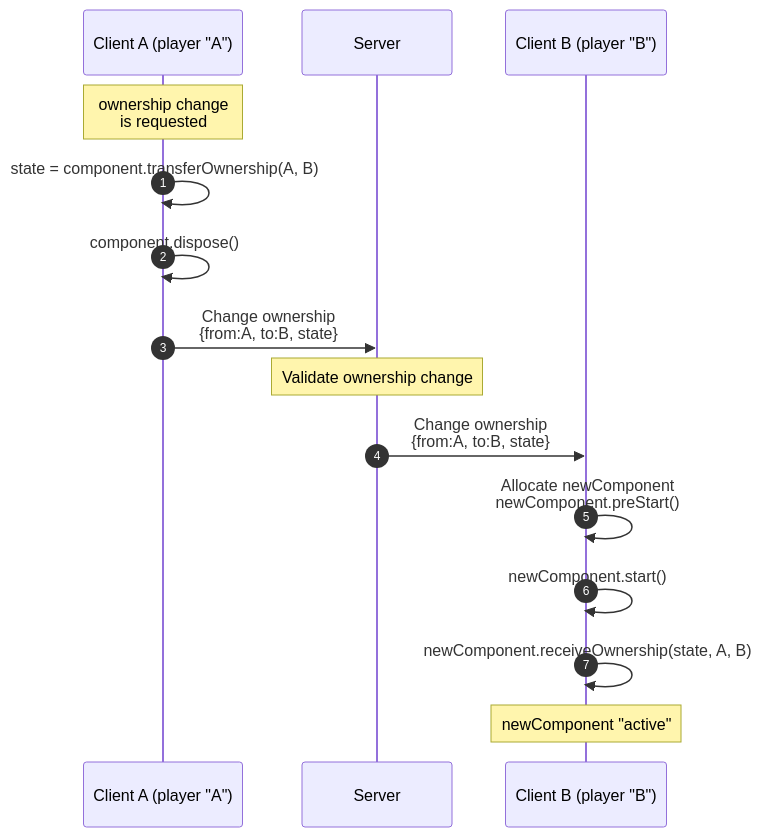
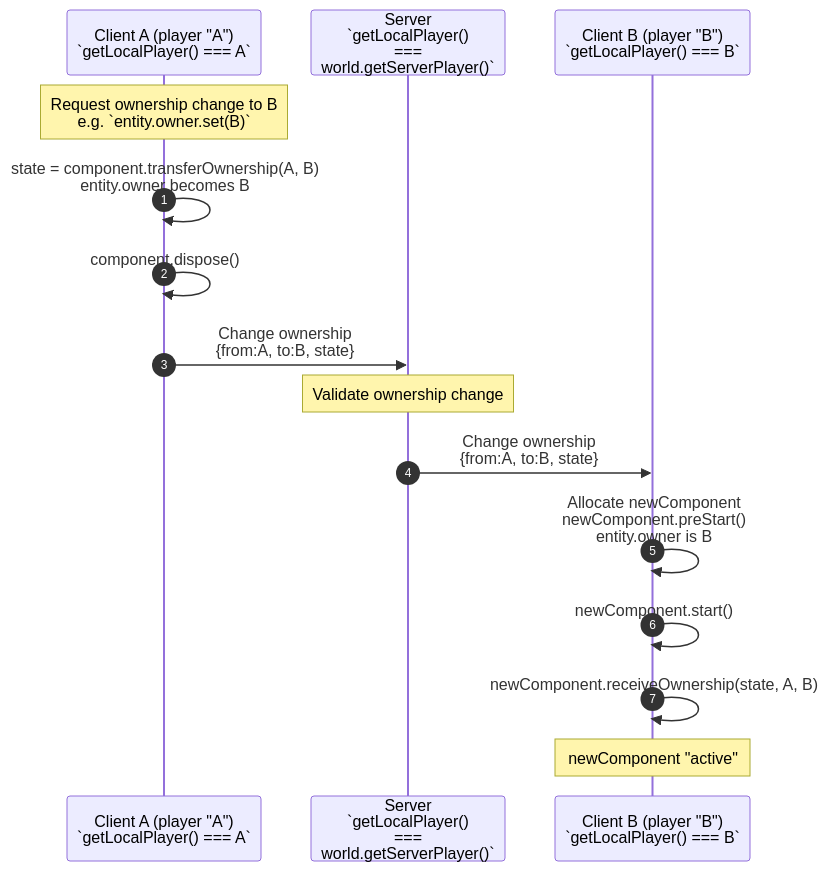
One commit to MHCPCreators/horizonCreatorManual changed the tenth of 16 diagrams in HorizonTechnicalDoc.md. Above: the diagram before and after it, drawn with Mermaid. The commit also changed other lines of this file, not shown here.

Commit message:
Add difference between getLocalPlayer and entity.owner on the ownership diagram.

````diff
--- a/HorizonTechnicalDoc.md
+++ b/HorizonTechnicalDoc.md
@@ -3887,18 +3889,22 @@
 ```mermaid {align="center}
 %%{init: { 'sequence': {'showSequenceNumbers': 'true'} }}%%
+
 sequenceDiagram
-    participant ClientA as Client A (player "A")
-    participant Server
-    participant ClientB as Client B (player "B")
+    participant ClientA as Client A (player "A")<br>`getLocalPlayer() === A`
+    participant Server as Server<br>`getLocalPlayer()<br>===<br>world.getServerPlayer()`
+    participant ClientB as Client B (player "B")<br>`getLocalPlayer() === B`
 
-    note over ClientA: ownership change<br/>is requested
-    ClientA ->> ClientA: state = component.transferOwnership(A, B)
+    note over ClientA: Request ownership change to B<br>e.g. `entity.owner.set(B)`
+
+    ClientA ->> ClientA: state = component.transferOwnership(A, B)<br>entity.owner becomes B
+
     ClientA ->> ClientA: component.dispose()
     ClientA->>Server: Change ownership<br>{from:A, to:B, state}
     note over Server: Validate ownership change
+
     Server->>ClientB: Change ownership<br>{from:A, to:B, state}
-    ClientB ->> ClientB: Allocate newComponent<br>newComponent.preStart()
+    ClientB ->> ClientB: Allocate newComponent<br>newComponent.preStart()<br>entity.owner is B
     ClientB ->> ClientB: newComponent.start()
     ClientB ->> ClientB: newComponent.receiveOwnership(state, A, B)
     note over ClientB: newComponent "active"
 ```
````
